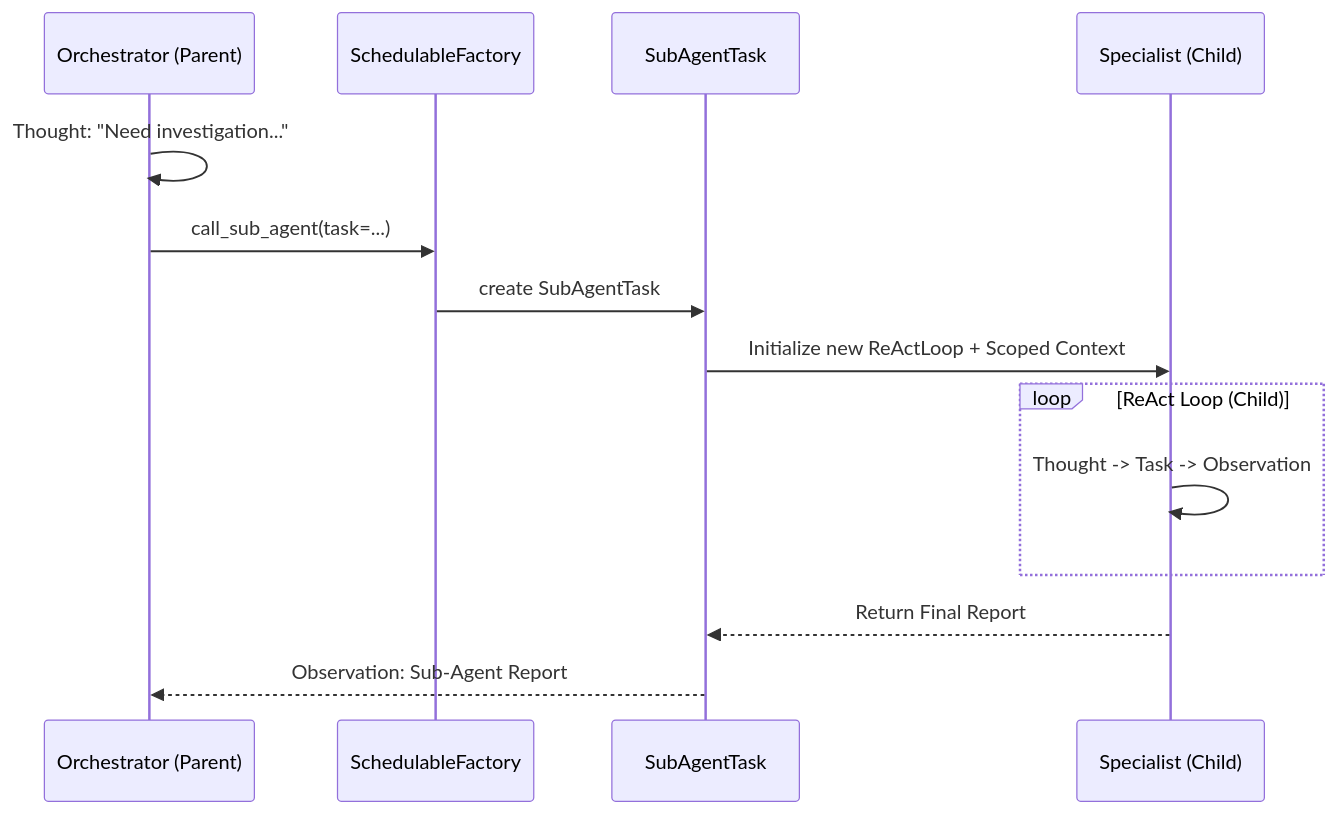
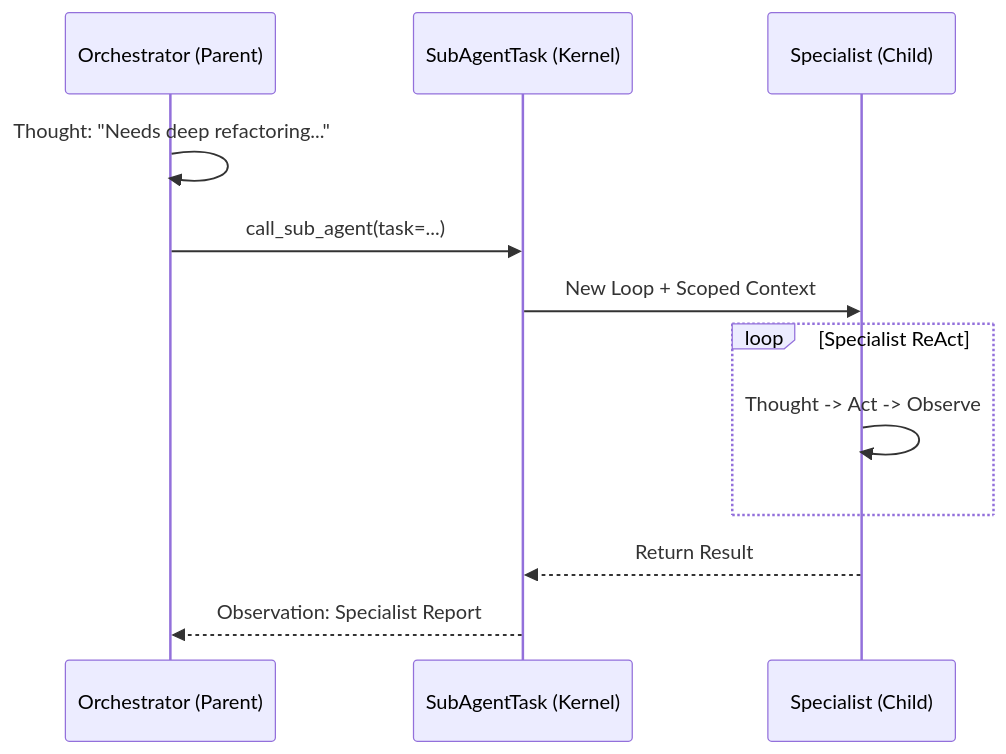
One commit to stream-iori/ganglia changed the diagram in docs/SUB_AGENT_DESIGN.md. Above: the diagram before and after it, drawn with Mermaid. The commit also changed other lines of this file and 16 other files, not shown here.

````diff
--- a/docs/SUB_AGENT_DESIGN.md
+++ b/docs/SUB_AGENT_DESIGN.md
@@ -41,17 +30,15 @@
 ```mermaid
 sequenceDiagram
     participant P as Orchestrator (Parent)
-    participant F as SchedulableFactory
-    participant T as SubAgentTask
+    participant T as SubAgentTask (Kernel)
     participant C as Specialist (Child)
     
-    P->>P: Thought: "Need investigation..."
-    P->>F: call_sub_agent(task=...)
-    F->>T: create SubAgentTask
-    T->>C: Initialize new ReActLoop + Scoped Context
-    loop ReAct Loop (Child)
-        C->>C: Thought -> Task -> Observation
+    P->>P: Thought: "Needs deep refactoring..."
+    P->>T: call_sub_agent(task=...)
+    T->>C: New Loop + Scoped Context
+    loop Specialist ReAct
+        C->>C: Thought -> Act -> Observe
     end
-    C-->>T: Return Final Report
-    T-->>P: Observation: Sub-Agent Report
+    C-->>T: Return Result
+    T-->>P: Observation: Specialist Report
 ```
````
